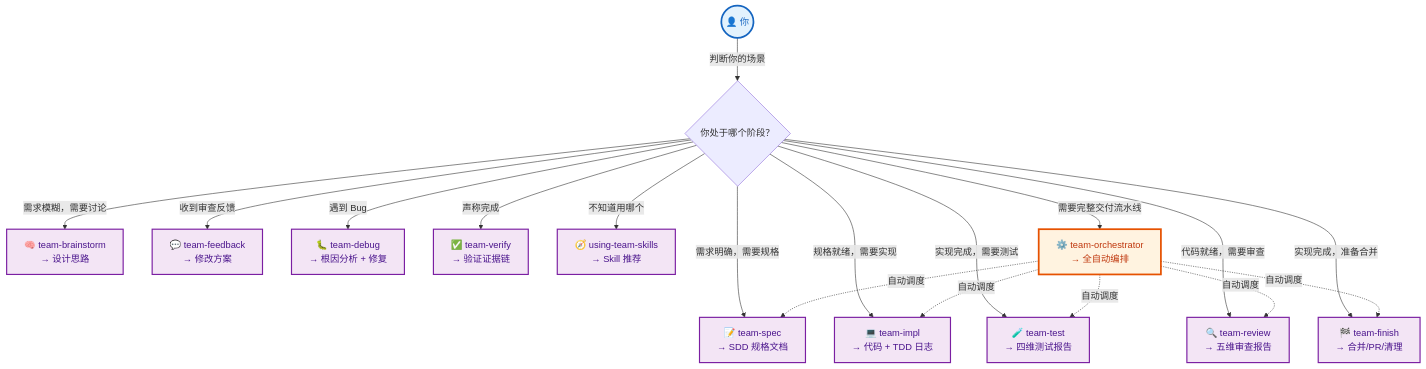
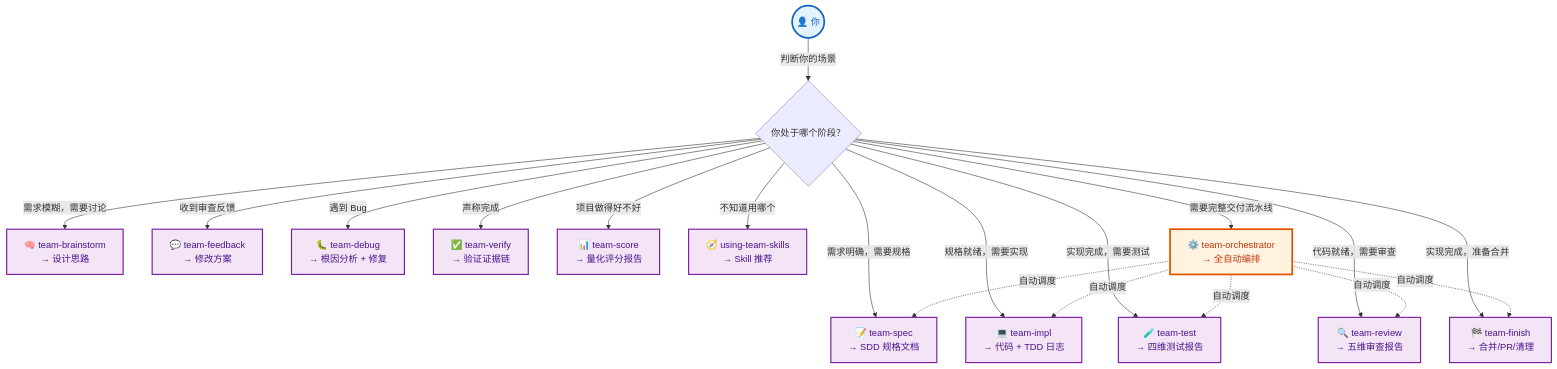
The second of 2 diagrams in README.md (andeya/team-skills), drawn with Mermaid before and after one commit. The commit also changed other lines of this file and 1 other file, not shown here.

First line of the commit message:
docs: align README with v1.3.0 — add team-score + skill-spec references

````diff
--- a/README.md
+++ b/README.md
@@ -234,27 +235,28 @@
 ```mermaid
 graph TD
     classDef user fill:#e3f2fd,stroke:#1565c0,stroke-width:3px,color:#1565c0;
     classDef skill fill:#f3e5f5,stroke:#7b1fa2,stroke-width:2px,color:#4a148c;
     classDef orch fill:#fff3e0,stroke:#e65100,stroke-width:3px,color:#bf360c;
 
     YOU((👤 你)):::user
     YOU -->|"判断你的场景"| Q{你处于哪个阶段？}
 
     Q -->|"需求模糊，需要讨论"| BRAIN[🧠 team-brainstorm<br/>→ 设计思路]:::skill
     Q -->|"需求明确，需要规格"| SPEC[📝 team-spec<br/>→ SDD 规格文档]:::skill
     Q -->|"规格就绪，需要实现"| IMPL[💻 team-impl<br/>→ 代码 + TDD 日志]:::skill
     Q -->|"实现完成，需要测试"| TEST[🧪 team-test<br/>→ 四维测试报告]:::skill
     Q -->|"代码就绪，需要审查"| REVIEW[🔍 team-review<br/>→ 五维审查报告]:::skill
     Q -->|"收到审查反馈"| FB[💬 team-feedback<br/>→ 修改方案]:::skill
     Q -->|"遇到 Bug"| DEBUG[🐛 team-debug<br/>→ 根因分析 + 修复]:::skill
     Q -->|"实现完成，准备合并"| FINISH[🏁 team-finish<br/>→ 合并/PR/清理]:::skill
     Q -->|"声称完成"| VERIFY[✅ team-verify<br/>→ 验证证据链]:::skill
+    Q -->|"项目做得好不好"| SCORE[📊 team-score<br/>→ 量化评分报告]:::skill
     Q -->|"不知道用哪个"| USING[🧭 using-team-skills<br/>→ Skill 推荐]:::skill
     Q -->|"需要完整交付流水线"| ORCH[⚙️ team-orchestrator<br/>→ 全自动编排]:::orch
 
     ORCH -.->|自动调度| SPEC
     ORCH -.->|自动调度| IMPL
     ORCH -.->|自动调度| TEST
     ORCH -.->|自动调度| REVIEW
     ORCH -.->|自动调度| FINISH
 ```
````
